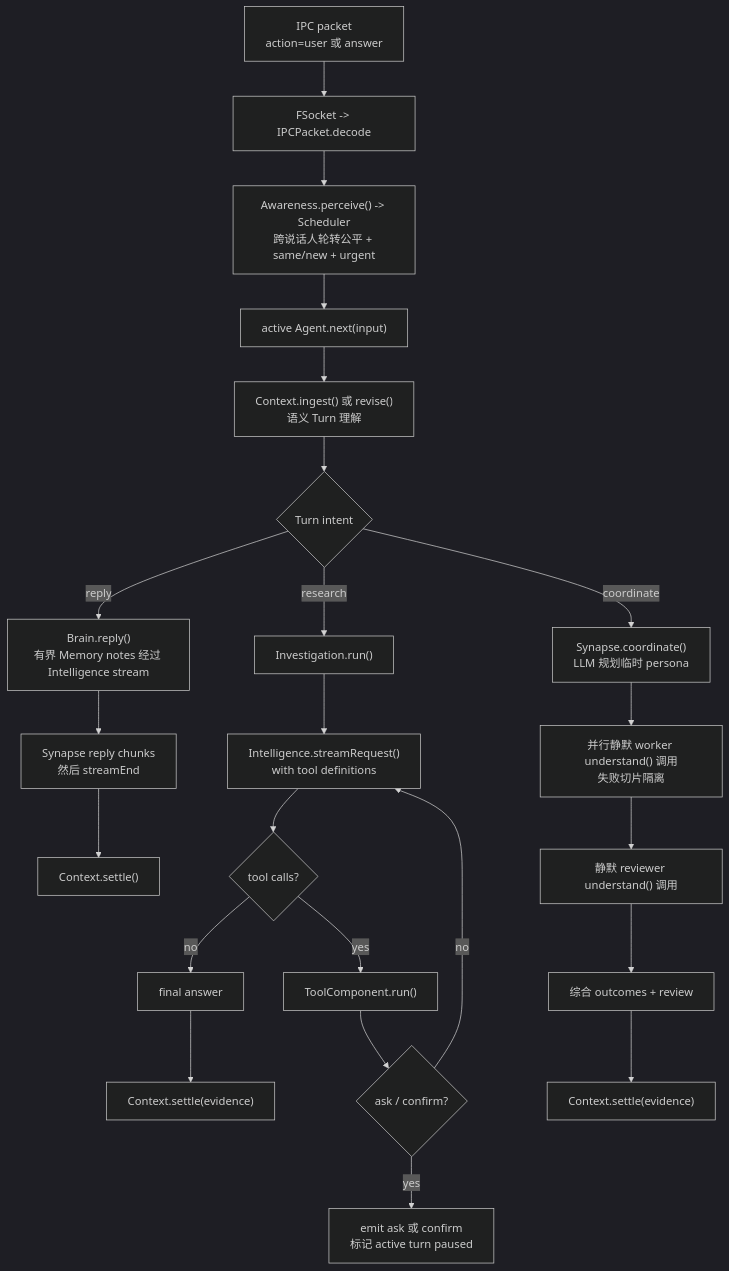
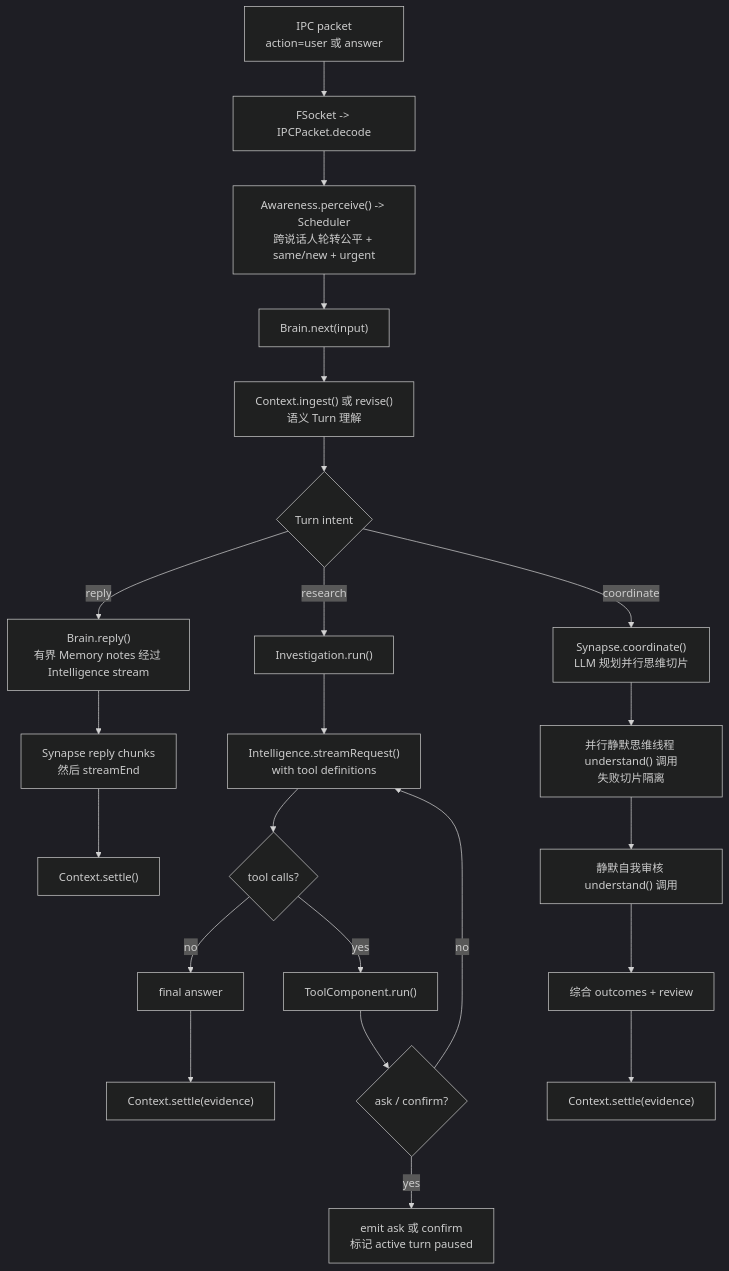
The third of 3 diagrams in README.zh.cn.md (flyflor/flyflor), drawn with Mermaid (dark theme) before and after one commit. The commit also changed other lines of this file and 73 other files, not shown here.

````diff
--- a/README.zh.cn.md
+++ b/README.zh.cn.md
@@ -76,28 +75,28 @@
 ```mermaid
 flowchart TD
     User["IPC packet<br/>action=user 或 answer"] --> Decode["FSocket -> IPCPacket.decode"]
     Decode --> Gate["Awareness.perceive() -> Scheduler<br/>跨说话人轮转公平 + same/new + urgent"]
-    Gate --> AgentNext["active Agent.next(input)"]
+    Gate --> AgentNext["Brain.next(input)"]
     AgentNext --> Ingest["Context.ingest() 或 revise()<br/>语义 Turn 理解"]
 
     Ingest --> Choice{"Turn intent"}
     Choice -- reply --> Reply["Brain.reply()<br/>有界 Memory notes 经过 Intelligence stream"]
     Reply --> ReplyOut["Synapse reply chunks<br/>然后 streamEnd"]
     ReplyOut --> Settle1["Context.settle()"]
 
     Choice -- research --> Research["Investigation.run()"]
     Research --> LlmTools["Intelligence.streamRequest()<br/>with tool definitions"]
     LlmTools --> HasAction{"tool calls?"}
     HasAction -- no --> FinalAnswer["final answer"]
     HasAction -- yes --> RunTool["ToolComponent.run()"]
     RunTool --> Pause{"ask / confirm?"}
     Pause -- yes --> UserPause["emit ask 或 confirm<br/>标记 active turn paused"]
     Pause -- no --> LlmTools
     FinalAnswer --> Settle2["Context.settle(evidence)"]
 
-    Choice -- coordinate --> Coordinate["Synapse.coordinate()<br/>LLM 规划临时 persona"]
-    Coordinate --> Workers["并行静默 worker understand() 调用<br/>失败切片隔离"]
-    Workers --> Review["静默 reviewer understand() 调用"]
+    Choice -- coordinate --> Coordinate["Synapse.coordinate()<br/>LLM 规划并行思维切片"]
+    Coordinate --> Workers["并行静默思维线程 understand() 调用<br/>失败切片隔离"]
+    Workers --> Review["静默自我审核 understand() 调用"]
     Review --> Synthesis["综合 outcomes + review"]
     Synthesis --> Settle4["Context.settle(evidence)"]
 ```
````
